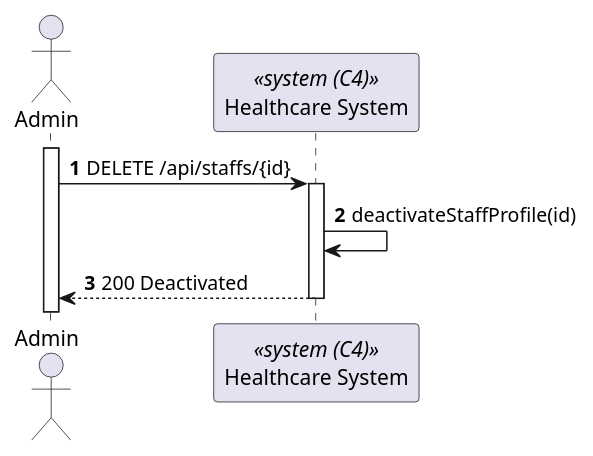
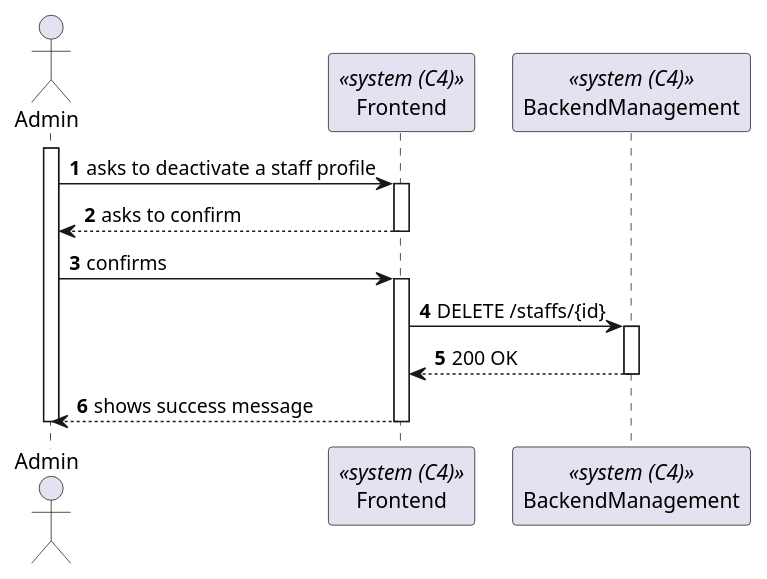
The diagram in docs/sprintB/StaffProfileDeactivation/views/level2/process-view.puml (Lapr5G21/sem5pi-24-25-3ddg21), drawn with PlantUML before and after one commit. The commit also changed 13 other files, not shown here.

Commit message:
staff profile deactivation - sprint b docs #36

```diff
--- a/docs/sprintB/StaffProfileDeactivation/views/level2/process-view.puml
+++ b/docs/sprintB/StaffProfileDeactivation/views/level2/process-view.puml
@@ -1,16 +1,30 @@
 @startuml StaffProfileDeactivation(level2)
 
 autonumber
-actor Admin as "Admin"
-participant SYS as "Healthcare System" <<system (C4)>>
+actor "Admin" as Admin
+participant Frontend as "Frontend" <<system (C4)>>
+participant BackendManagement as "BackendManagement" <<system (C4)>>
 
 activate Admin
+    
+    Admin -> Frontend : asks to deactivate a staff profile
+    activate Frontend
 
-Admin-> SYS : DELETE /api/staffs/{id}
-activate SYS
+    Frontend --> Admin : asks to confirm
+    deactivate Frontend
 
-SYS -> SYS : deactivateStaffProfile(id)
-SYS--> Admin : 200 Deactivated
-deactivate SYS
+    Admin -> Frontend : confirms
+    activate Frontend
+
+        Frontend-> BackendManagement : DELETE /staffs/{id}
+        activate BackendManagement
+
+        Frontend <-- BackendManagement : 200 OK
+        deactivate BackendManagement
+
+    Frontend --> Admin : shows success message
+    deactivate Frontend
+    
+deactivate Admin
 
 @enduml
```
